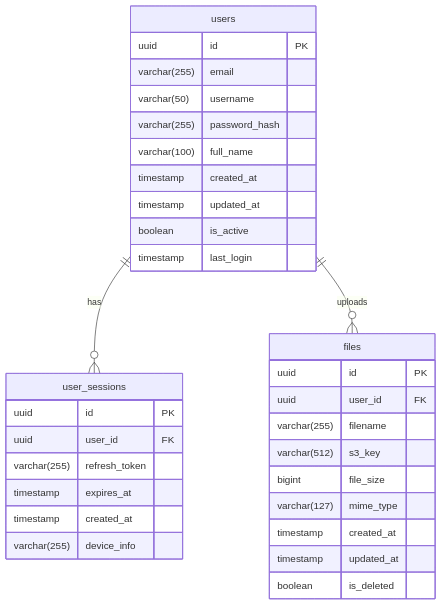
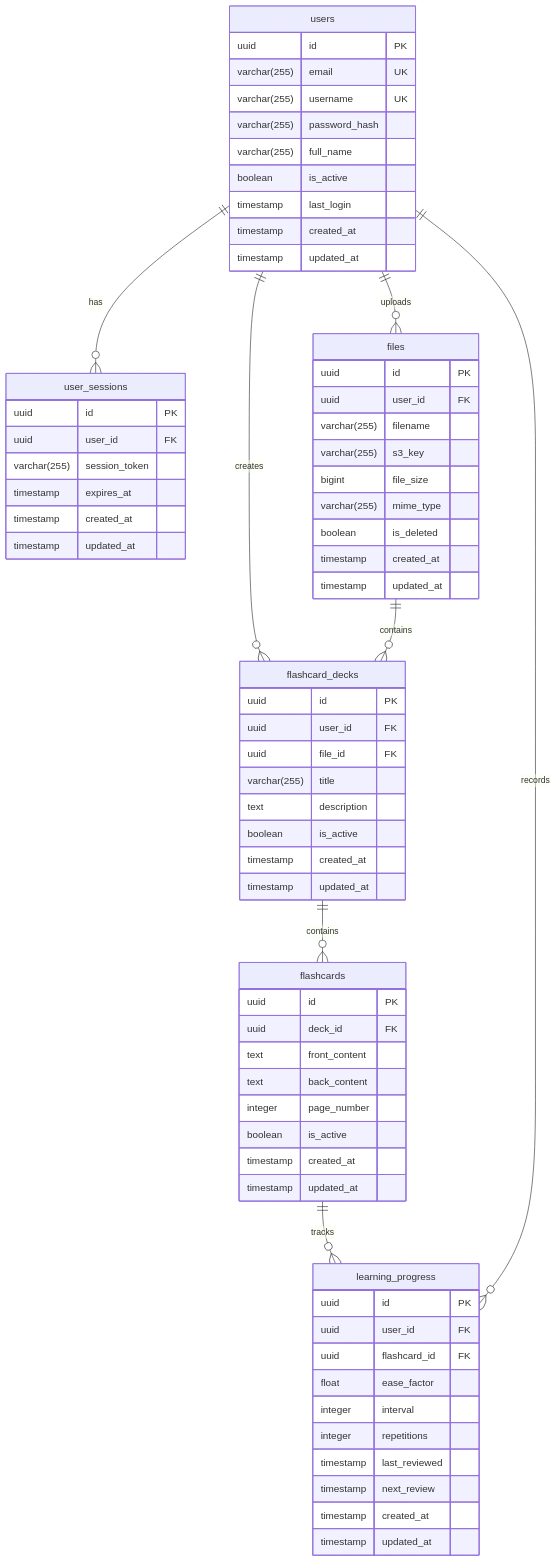
One commit to PriyaVeerabomma/LearnLab changed the diagram in notes/database_documentation.md. Above: the diagram before and after it, drawn with Mermaid. The commit also changed other lines of this file and 22 other files, not shown here.

````diff
--- a/notes/database_documentation.md
+++ b/notes/database_documentation.md
@@ -5,38 +5,78 @@
 ```mermaid
 erDiagram
     users ||--o{ user_sessions : has
     users ||--o{ files : uploads
+    users ||--o{ flashcard_decks : creates
+    files ||--o{ flashcard_decks : contains
+    flashcard_decks ||--o{ flashcards : contains
+    flashcards ||--o{ learning_progress : tracks
+    users ||--o{ learning_progress : records
 
     users {
         uuid id PK
-        varchar(255) email
-        varchar(50) username
+        varchar(255) email UK
+        varchar(255) username UK
         varchar(255) password_hash
-        varchar(100) full_name
+        varchar(255) full_name
+        boolean is_active
+        timestamp last_login
         timestamp created_at
         timestamp updated_at
-        boolean is_active
-        timestamp last_login
     }
 
     user_sessions {
         uuid id PK
         uuid user_id FK
-        varchar(255) refresh_token
+        varchar(255) session_token
         timestamp expires_at
         timestamp created_at
-        varchar(255) device_info
+        timestamp updated_at
     }
 
     files {
         uuid id PK
         uuid user_id FK
         varchar(255) filename
-        varchar(512) s3_key
+        varchar(255) s3_key
         bigint file_size
-        varchar(127) mime_type
+        varchar(255) mime_type
+        boolean is_deleted
         timestamp created_at
         timestamp updated_at
-        boolean is_deleted
+    }
+
+    flashcard_decks {
+        uuid id PK
+        uuid user_id FK
+        uuid file_id FK
+        varchar(255) title
+        text description
+        boolean is_active
+        timestamp created_at
+        timestamp updated_at
+    }
+
+    flashcards {
+        uuid id PK
+        uuid deck_id FK
+        text front_content
+        text back_content
+        integer page_number
+        boolean is_active
+        timestamp created_at
+        timestamp updated_at
+    }
+
+    learning_progress {
+        uuid id PK
+        uuid user_id FK
+        uuid flashcard_id FK
+        float ease_factor
+        integer interval
+        integer repetitions
+        timestamp last_reviewed
+        timestamp next_review
+        timestamp created_at
+        timestamp updated_at
     }
 ```
````
